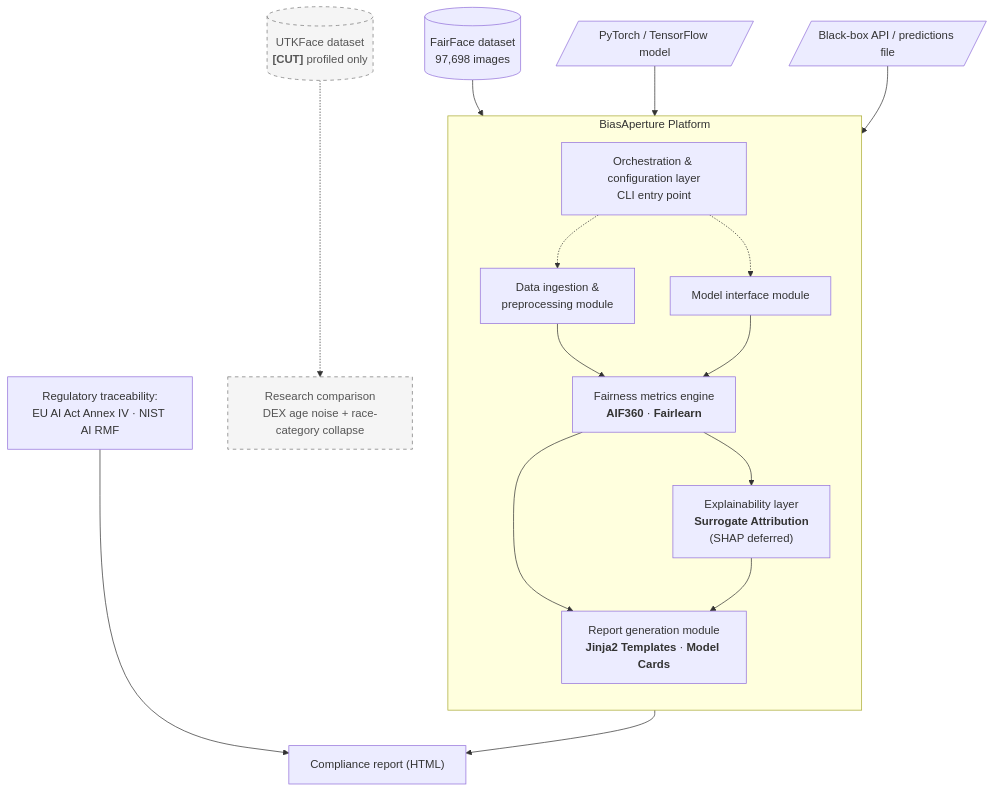
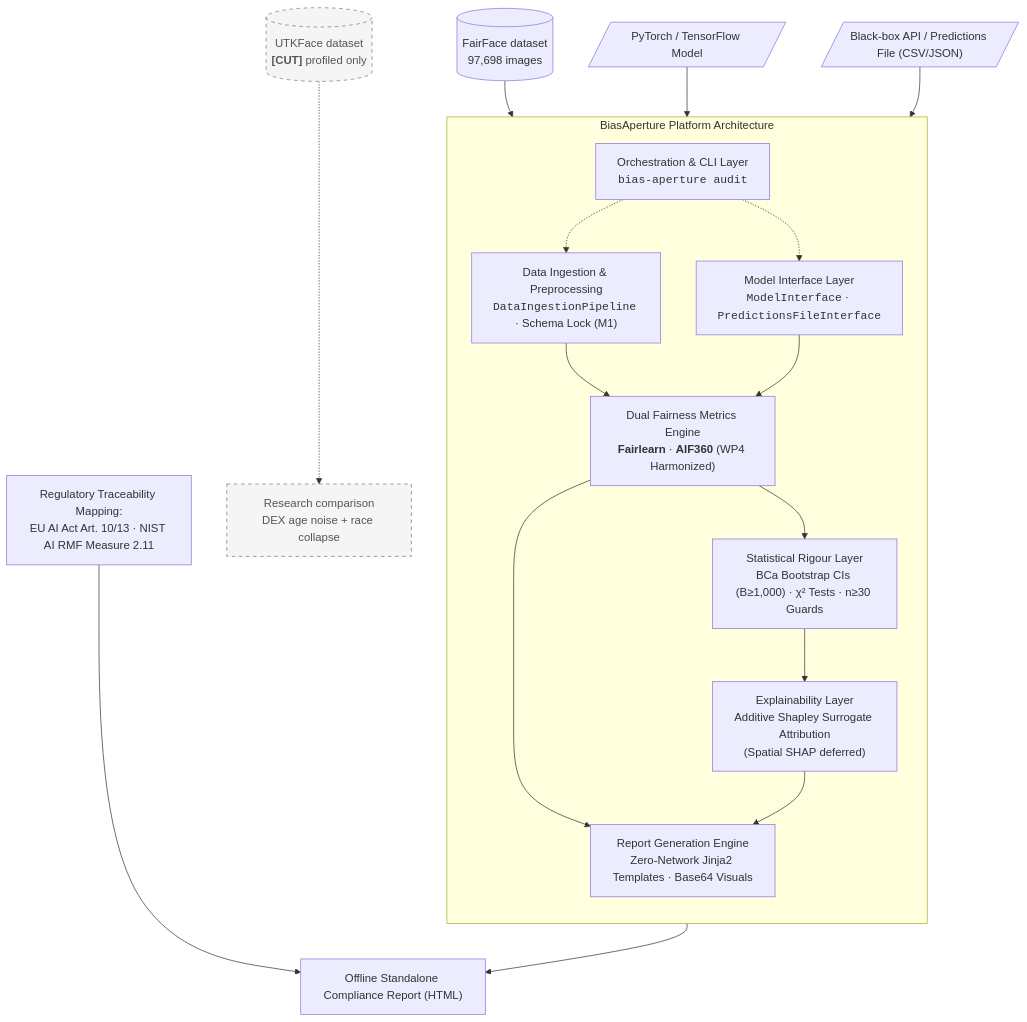
The diagram in README.md (Aaradhya-Dev-Tamrakar/BiasAperture), drawn with Mermaid before and after one commit. The commit also changed other lines of this file, not shown here.

Commit message:
docs(readme): thoroughly update README with comprehensive layout, CLI quickstart, presentation deck, and regulatory mapping

````diff
--- a/README.md
+++ b/README.md
@@ -18,37 +40,39 @@
 ```mermaid
 flowchart TD
     FF[("FairFace dataset<br/>97,698 images")]
     UTK[("UTKFace dataset<br/><b>[CUT]</b> profiled only")]
-    CUT["Research comparison<br/>DEX age noise + race-category collapse"]
-    PT[/"PyTorch / TensorFlow model"/]
-    BB[/"Black-box API / predictions file"/]
+    CUT["Research comparison<br/>DEX age noise + race collapse"]
+    PT[/"PyTorch / TensorFlow Model"/]
+    BB[/"Black-box API / Predictions File (CSV/JSON)"/]
 
-    subgraph BA["BiasAperture Platform"]
+    subgraph BA["BiasAperture Platform Architecture"]
         direction TB
-        ORCH["Orchestration & configuration layer<br/>CLI entry point"]
-        ING["Data ingestion &<br/>preprocessing module"]
-        MIF["Model interface module"]
-        FME["Fairness metrics engine<br/><b>AIF360</b> · <b>Fairlearn</b>"]
-        EXP["Explainability layer<br/><b>Surrogate Attribution</b><br/>(SHAP deferred)"]
-        REP["Report generation module<br/><b>Jinja2 Templates</b> · <b>Model Cards</b>"]
+        ORCH["Orchestration & CLI Layer<br/><code>bias-aperture audit</code>"]
+        ING["Data Ingestion & Preprocessing<br/><code>DataIngestionPipeline</code> · Schema Lock (M1)"]
+        MIF["Model Interface Layer<br/><code>ModelInterface</code> · <code>PredictionsFileInterface</code>"]
+        FME["Dual Fairness Metrics Engine<br/><b>Fairlearn</b> · <b>AIF360</b> (WP4 Harmonized)"]
+        STAT["Statistical Rigour Layer<br/>BCa Bootstrap CIs (B≥1,000) · χ² Tests · n≥30 Guards"]
+        EXP["Explainability Layer<br/>Additive Shapley Surrogate Attribution<br/>(Spatial SHAP deferred)"]
+        REP["Report Generation Engine<br/>Zero-Network Jinja2 Templates · Base64 Visuals"]
 
         ORCH -.-> ING
         ORCH -.-> MIF
         ING --> FME
         MIF --> FME
-        FME --> EXP
+        FME --> STAT
+        STAT --> EXP
         FME --> REP
         EXP --> REP
     end
 
     FF --> ING
     UTK -.-> CUT
     PT --> MIF
     BB --> MIF
 
-    REP --> COMP["Compliance report (HTML)"]
-    REG["Regulatory traceability:<br/>EU AI Act Annex IV · NIST AI RMF"] --> COMP
+    REP --> COMP["Offline Standalone Compliance Report (HTML)"]
+    REG["Regulatory Traceability Mapping:<br/>EU AI Act Art. 10/13 · NIST AI RMF Measure 2.11"] --> COMP
 
     classDef cut stroke-dasharray: 5 5, fill:#f5f5f5, stroke:#777, color:#555
     class UTK,CUT cut
 ```
````
